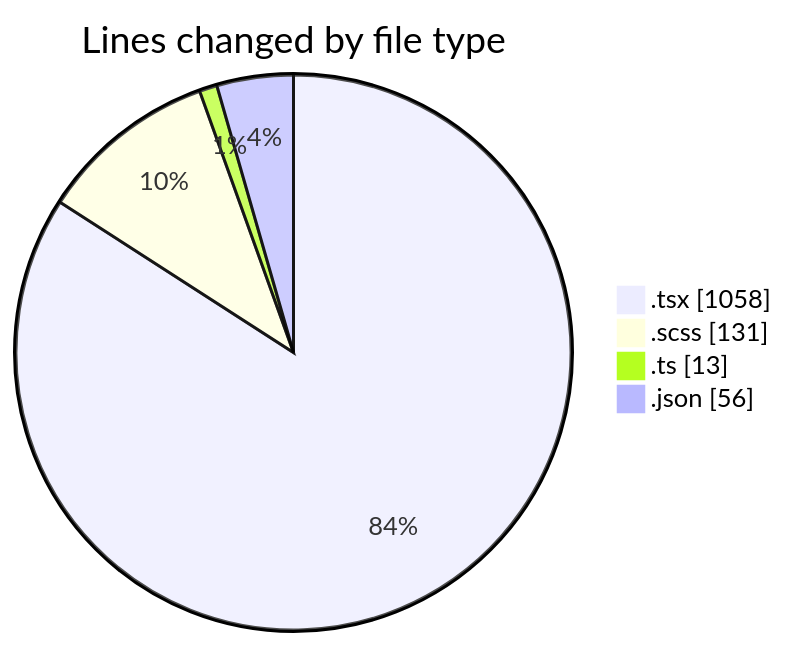
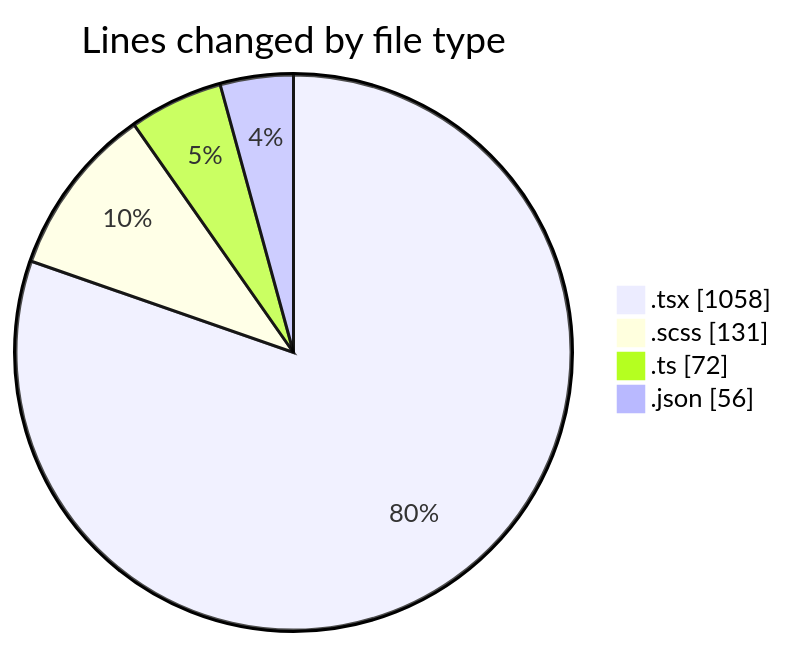
One commit to momahboobian/code-tracking changed the first of 2 diagrams in 2026-10-30/cda/README.md. Above: the diagram before and after it, drawn with Mermaid. The commit also changed other lines of this file and 1 other file, not shown here.

````diff
--- a/2026-10-30/cda/README.md
+++ b/2026-10-30/cda/README.md
@@ -32,8 +33,8 @@
 ```mermaid
 pie showData
 title Lines changed by file type
 ".tsx" : 1058
 ".scss" : 131
-".ts" : 13
+".ts" : 72
 ".json" : 56
 ```
````
